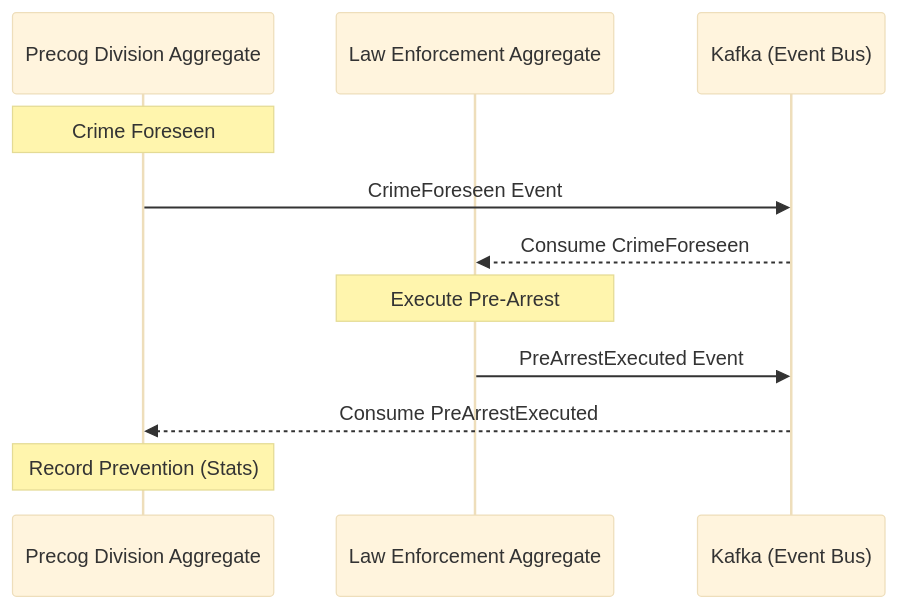
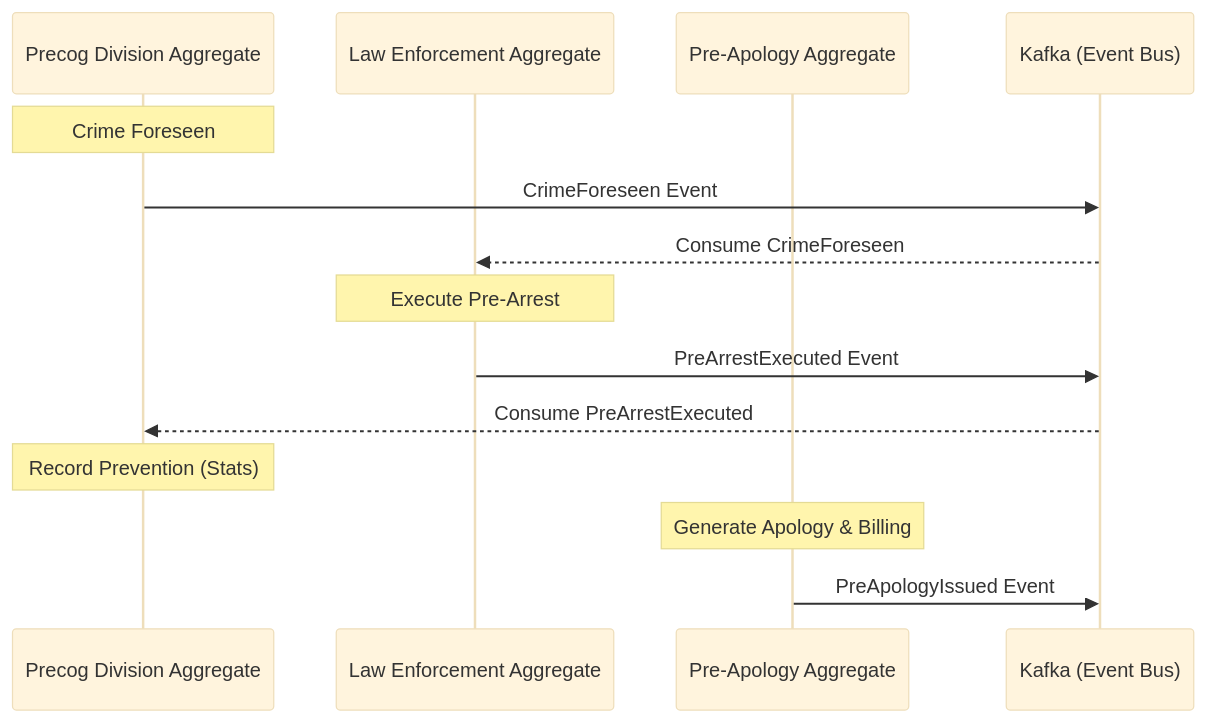
One commit to raphael74/pre-crime-app changed the diagram in README.md. Above: the diagram before and after it, drawn with Mermaid (base theme). The commit also changed other lines of this file and 3 other files, not shown here.

````diff
--- a/README.md
+++ b/README.md
@@ -30,16 +30,20 @@
 ```mermaid
 sequenceDiagram
     participant P as Precog Division Aggregate
     participant L as Law Enforcement Aggregate
+    participant A as Pre-Apology Aggregate
     participant K as Kafka (Event Bus)
 
     Note over P: Crime Foreseen
     P->>K: CrimeForeseen Event
     K-->>L: Consume CrimeForeseen
     
     Note over L: Execute Pre-Arrest
     L->>K: PreArrestExecuted Event
     K-->>P: Consume PreArrestExecuted
     
     Note over P: Record Prevention (Stats)
+    
+    Note over A: Generate Apology & Billing
+    A->>K: PreApologyIssued Event
 ```
````
